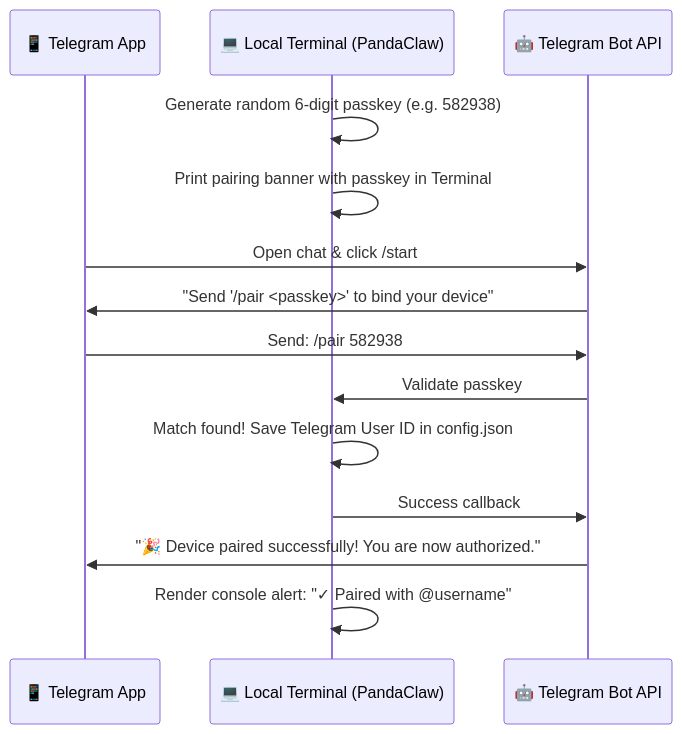
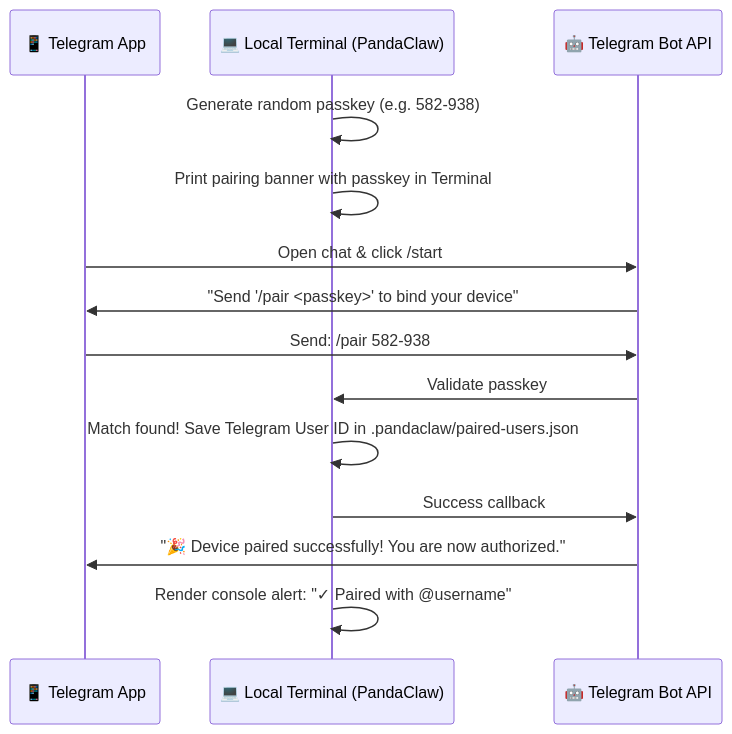
One commit to senapati484/pandaclaw changed the diagram in bot.md. Above: the diagram before and after it, drawn with Mermaid. The commit also changed other lines of this file and 1 other file, not shown here.

Commit message:
docs: align README and bot pairing logs with latest codebase changes

````diff
--- a/bot.md
+++ b/bot.md
@@ -44,17 +46,17 @@
 ```mermaid
 sequenceDiagram
     participant User as 📱 Telegram App
     participant Local as 💻 Local Terminal (PandaClaw)
     participant Bot as 🤖 Telegram Bot API
     
-    Local->>Local: Generate random 6-digit passkey (e.g. 582938)
+    Local->>Local: Generate random passkey (e.g. 582-938)
     Local->>Local: Print pairing banner with passkey in Terminal
     User->>Bot: Open chat & click /start
     Bot->>User: "Send '/pair <passkey>' to bind your device"
-    User->>Bot: Send: /pair 582938
+    User->>Bot: Send: /pair 582-938
     Bot->>Local: Validate passkey
-    Local->>Local: Match found! Save Telegram User ID in config.json
+    Local->>Local: Match found! Save Telegram User ID in .pandaclaw/paired-users.json
     Local->>Bot: Success callback
     Bot->>User: "🎉 Device paired successfully! You are now authorized."
     Local->>Local: Render console alert: "✓ Paired with @username"
 ```
````
